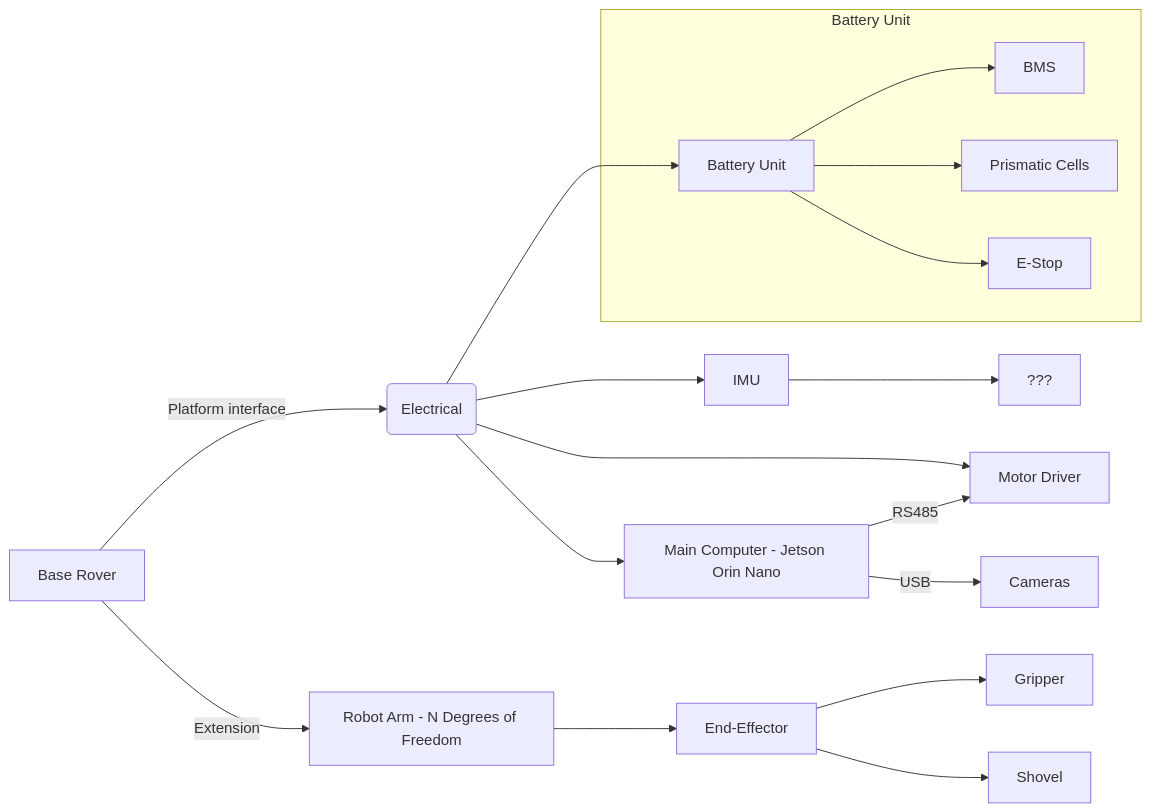
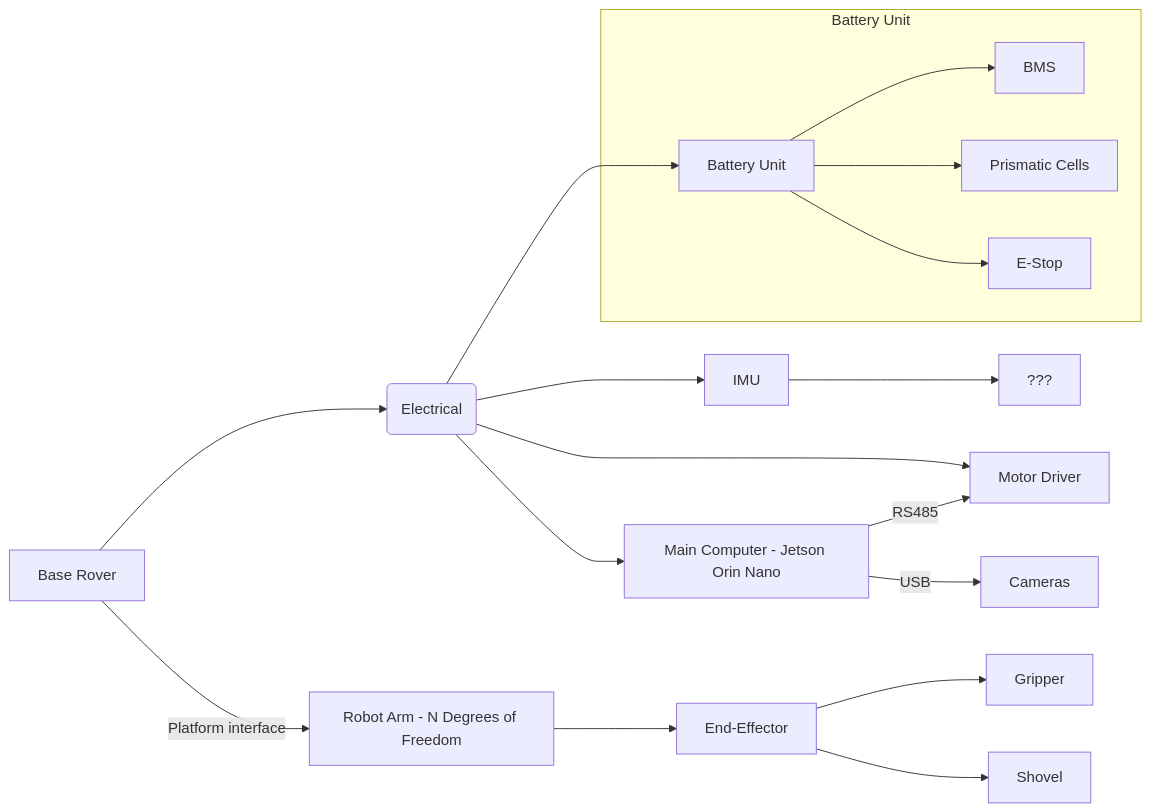
The diagram in WikiVault/WeekendMetting_HW4.md (Macquarie-Aerospace-Rover-Society/MARS-Project), drawn with Mermaid before and after one commit.

Commit message:
Update WeekendMetting_HW4.md
slight correction

````diff
--- a/WikiVault/WeekendMetting_HW4.md
+++ b/WikiVault/WeekendMetting_HW4.md
@@ -25,23 +25,23 @@
 ```mermaid
 flowchart LR
-    A[Base Rover] -->|Platform interface| B(Electrical)
+    A[Base Rover] --> B(Electrical)
     B --> C[IMU] --> ???
     B --> D[Motor Driver]
     B --> E[Main Computer - Jetson Orin Nano]
     B --> F[Battery Unit]
     
     subgraph BatteryUnit[Battery Unit]
         F --> G[BMS]
         F --> H[Prismatic Cells]
         F --> I[E-Stop]
     end
 
     E -->|RS485| D
     E -->|USB| J[Cameras]
     
     %% Robot Arm Integration
-    A --> |Extension| K[Robot Arm - N Degrees of Freedom]
+    A --> |Platform interface| K[Robot Arm - N Degrees of Freedom]
     K --> L[End-Effector]
     L --> M[Gripper]
     L --> N[Shovel]
 ```
````
